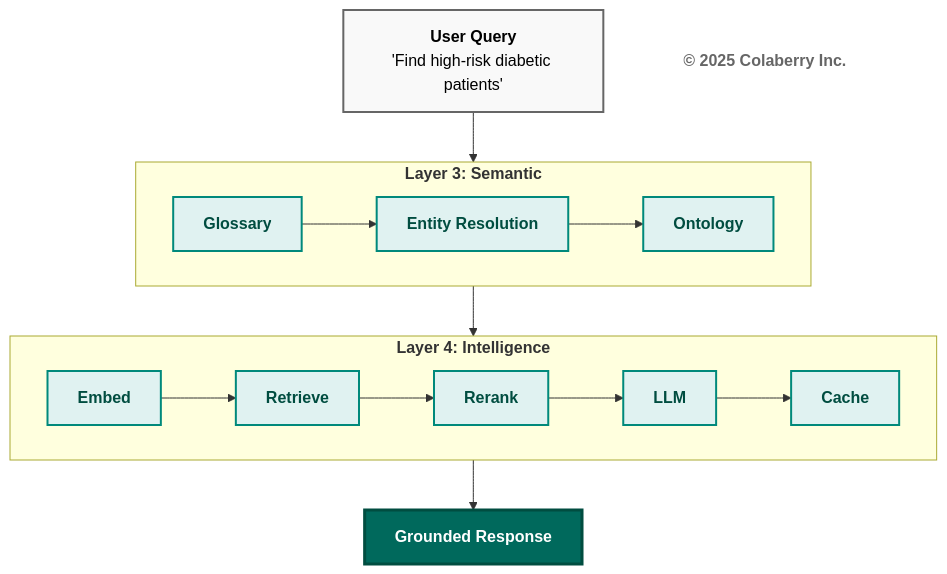
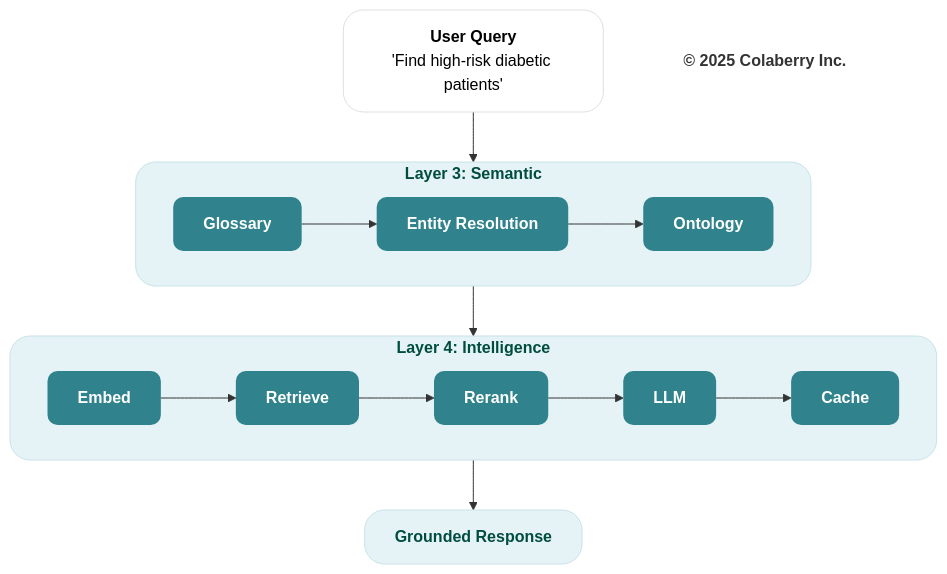
Before and after one commit to saitejesh-cyber/trust-before-intelligence-book: the diagram in mermaid-source/figure-5-13.mmd, drawn with Mermaid. The commit also changed 219 other files, not shown here.

Commit message:
Reapply PR #5 palette and regenerate smooth-edge figure PNGs

```diff
--- a/mermaid-source/figure-5-13.mmd
+++ b/mermaid-source/figure-5-13.mmd
@@ -1,32 +1,34 @@
 graph TB
     USER["<b>User Query</b><br/>'Find high-risk diabetic patients'"]
     
     subgraph L3["<b>Layer 3: Semantic</b>"]
         direction LR
         GLOSS["<b>Glossary</b>"] --> ENTITY["<b>Entity Resolution</b>"] --> ONTO["<b>Ontology</b>"]
     end
     
     subgraph L4["<b>Layer 4: Intelligence</b>"]
         direction LR
         EMBED["<b>Embed</b>"] --> HYBRID["<b>Retrieve</b>"] --> RERANK["<b>Rerank</b>"] --> LLM["<b>LLM</b>"] --> CACHE["<b>Cache</b>"]
     end
     
     RESPONSE["<b>Grounded Response</b>"]
     
     USER --> L3
     L3 --> L4
     L4 --> RESPONSE
     
     Copyright["<b>© 2025 Colaberry Inc.</b>"]
     
-    style USER fill:#f9f9f9,stroke:#666666,stroke-width:2px,color:#000000
-    style GLOSS fill:#e0f2f1,stroke:#00897b,stroke-width:2px,color:#004d40
-    style ENTITY fill:#e0f2f1,stroke:#00897b,stroke-width:2px,color:#004d40
-    style ONTO fill:#e0f2f1,stroke:#00897b,stroke-width:2px,color:#004d40
-    style EMBED fill:#e0f2f1,stroke:#00897b,stroke-width:2px,color:#004d40
-    style HYBRID fill:#e0f2f1,stroke:#00897b,stroke-width:2px,color:#004d40
-    style RERANK fill:#e0f2f1,stroke:#00897b,stroke-width:2px,color:#004d40
-    style LLM fill:#e0f2f1,stroke:#00897b,stroke-width:2px,color:#004d40
-    style CACHE fill:#e0f2f1,stroke:#00897b,stroke-width:2px,color:#004d40
-    style RESPONSE fill:#00695c,color:#ffffff,stroke:#004d40,stroke-width:3px
-    style Copyright fill:#ffffff,stroke:none,color:#666666
+    style USER fill:#ffffff,stroke:#e0e0e0,stroke-width:1px,color:#000000,rx:20,ry:20
+    style GLOSS fill:#30838C,stroke:none,color:#ffffff,rx:10,ry:10
+    style ENTITY fill:#30838C,stroke:none,color:#ffffff,rx:10,ry:10
+    style ONTO fill:#30838C,stroke:none,color:#ffffff,rx:10,ry:10
+    style EMBED fill:#30838C,stroke:none,color:#ffffff,rx:10,ry:10
+    style HYBRID fill:#30838C,stroke:none,color:#ffffff,rx:10,ry:10
+    style RERANK fill:#30838C,stroke:none,color:#ffffff,rx:10,ry:10
+    style LLM fill:#30838C,stroke:none,color:#ffffff,rx:10,ry:10
+    style CACHE fill:#30838C,stroke:none,color:#ffffff,rx:10,ry:10
+    style RESPONSE fill:#e6f3f6,stroke:#c7e3ea,stroke-width:1px,color:#004d40,rx:20,ry:20
+    style Copyright fill:none,stroke:none,color:#333333
+    style L3 fill:#e6f3f6,stroke:#c7e3ea,stroke-width:1px,color:#004d40,rx:20,ry:20
+    style L4 fill:#e6f3f6,stroke:#c7e3ea,stroke-width:1px,color:#004d40,rx:20,ry:20
```
